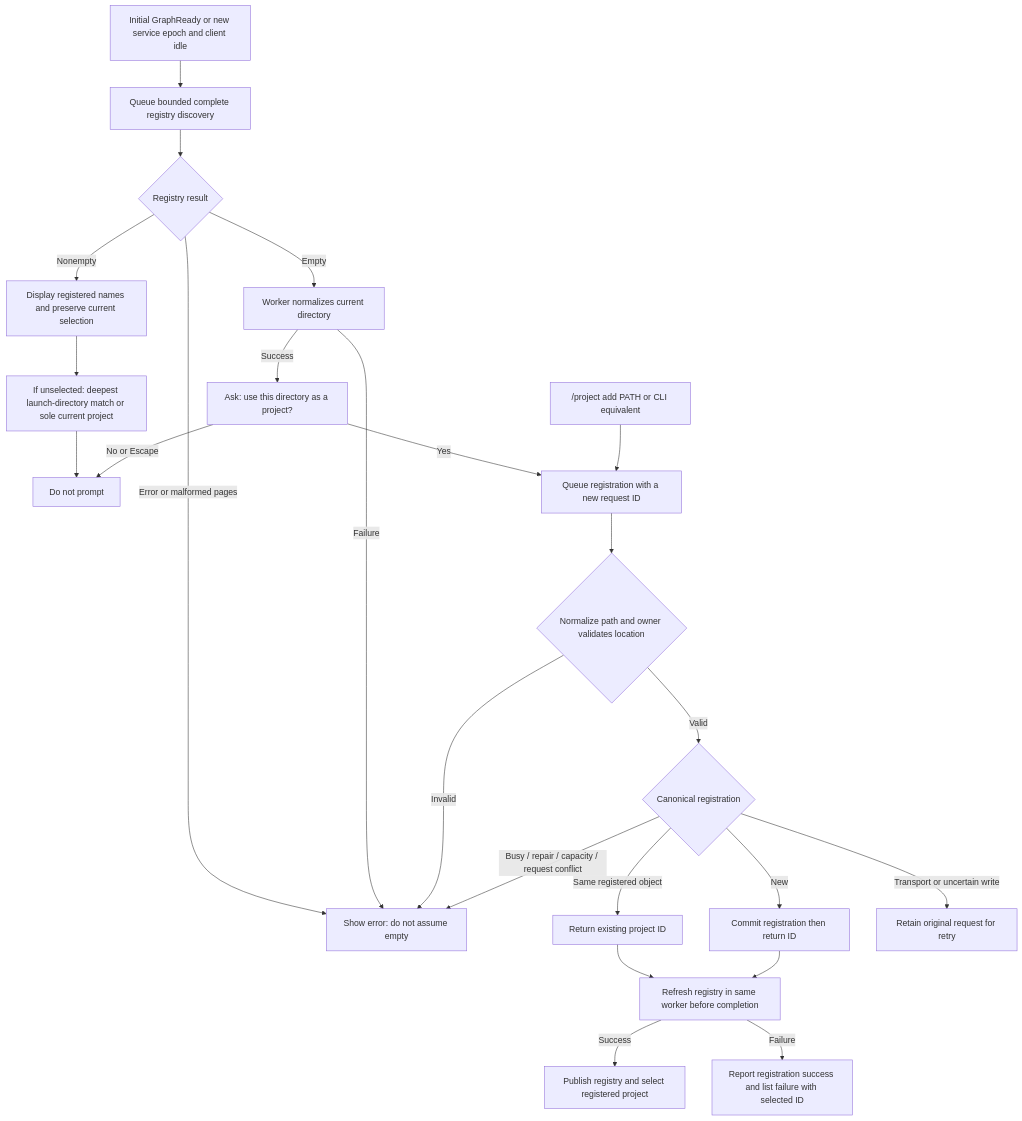
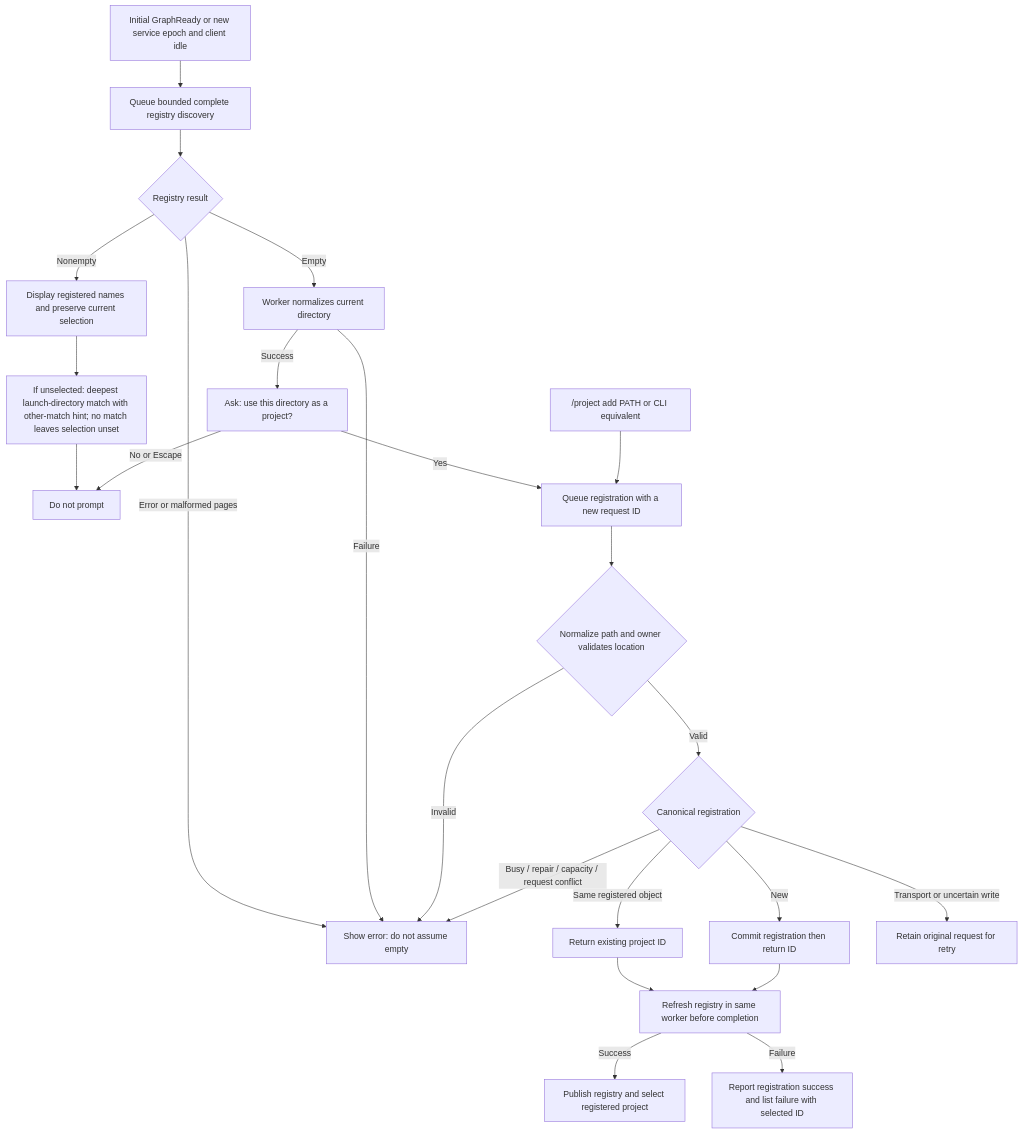
Before and after one commit to pidster/asura: the eighth of 17 diagrams in docs/designs/command-flows.md, drawn with Mermaid. The commit also changed 7 other files, not shown here.

First line of the commit message:
Record owner decisions on job output, launch selection and TB9

````diff
--- a/docs/designs/command-flows.md
+++ b/docs/designs/command-flows.md
@@ -238,26 +238,26 @@
 ```mermaid
 flowchart TD
     Ready["Initial GraphReady or new service epoch and client idle"] --> Discover["Queue bounded complete registry discovery"]
     Discover --> Registry{"Registry result"}
     Registry -->|"Error or malformed pages"| Error["Show error: do not assume empty"]
     Registry -->|Nonempty| Names["Display registered names and preserve current selection"]
-    Names --> Match["If unselected: deepest launch-directory match or sole current project"]
+    Names --> Match["If unselected: deepest launch-directory match with other-match hint; no match leaves selection unset"]
     Match --> Keep["Do not prompt"]
     Registry -->|Empty| Cwd["Worker normalizes current directory"]
     Cwd -->|Failure| Error
     Cwd -->|Success| Offer["Ask: use this directory as a project?"]
     Offer -->|"No or Escape"| Keep
     Offer -->|Yes| Add["Queue registration with a new request ID"]
     Manual["/project add PATH or CLI equivalent"] --> Add
     Add --> Validate{"Normalize path and owner validates location"}
     Validate -->|Invalid| Error
     Validate -->|Valid| Commit{"Canonical registration"}
     Commit -->|"Same registered object"| Result["Return existing project ID"]
     Commit -->|New| New["Commit registration then return ID"]
     Commit -->|"Busy / repair / capacity / request conflict"| Error
     Commit -->|"Transport or uncertain write"| Retry["Retain original request for retry"]
     Result --> Refresh["Refresh registry in same worker before completion"]
     New --> Refresh
     Refresh -->|Success| Select["Publish registry and select registered project"]
     Refresh -->|Failure| Partial["Report registration success and list failure with selected ID"]
 ```
````
